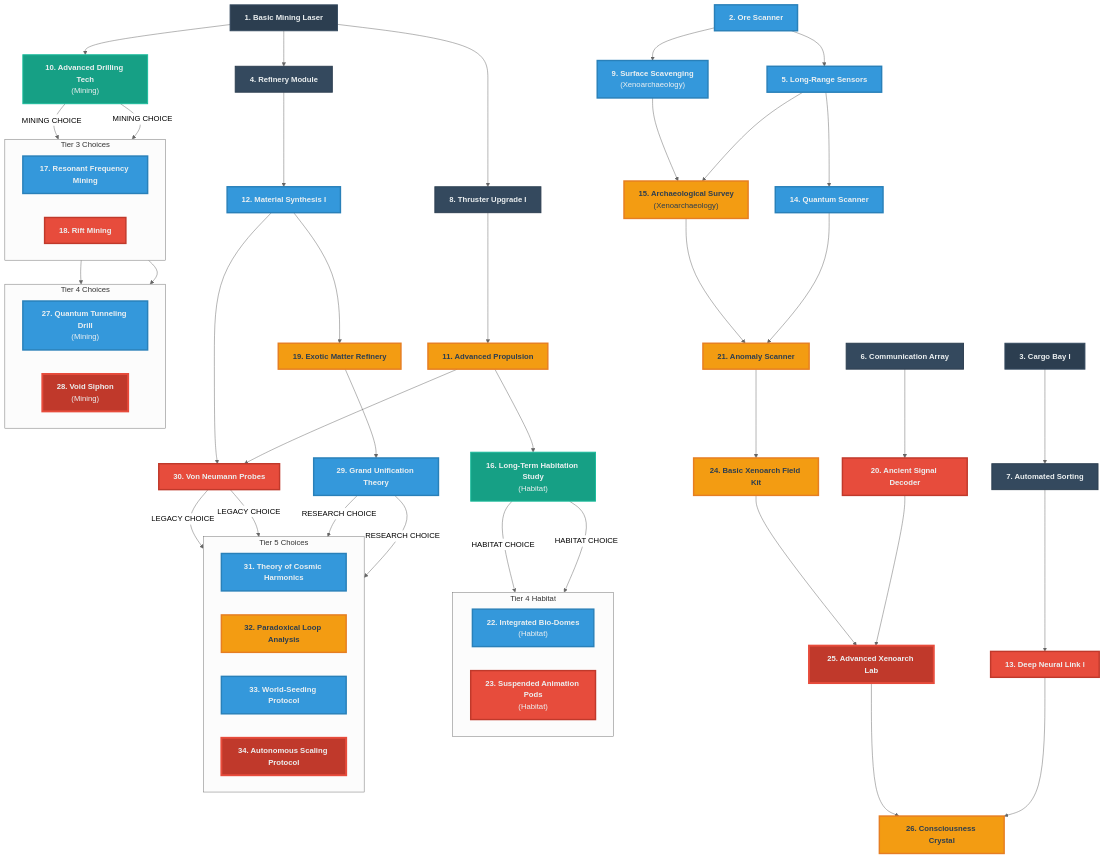
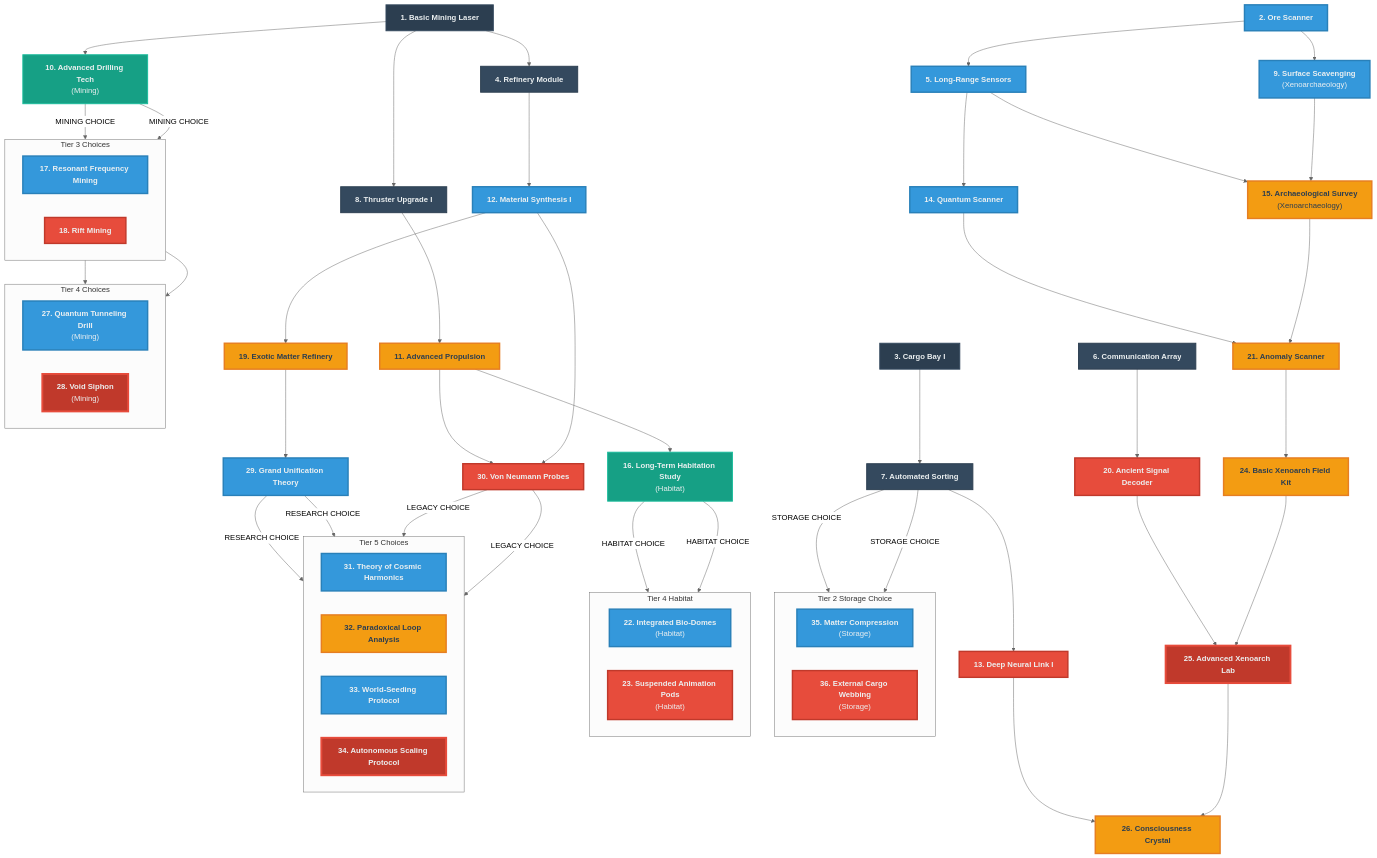
One commit to bravegeek/ai-workshop changed the diagram in projects/cosmos-and-chaos-2025-11/session.md. Above: the diagram before and after it, drawn with Mermaid (neutral theme). The commit also changed other lines of this file and 1 other file, not shown here.

Commit message:
docs: Expand Tier 2 Storage options in tech tree, adding Matter Compression and External Cargo Webbing

````diff
--- a/projects/cosmos-and-chaos-2025-11/session.md
+++ b/projects/cosmos-and-chaos-2025-11/session.md
@@ -68,6 +68,12 @@
     T15["<b>15. Archaeological Survey</b><br/>(Xenoarchaeology)"]
     T16["<b>16. Long-Term Habitation Study</b><br/>(Habitat)"]
     T20["<b>20. Ancient Signal Decoder</b>"]
+    
+    subgraph "Tier 2 Storage Choice"
+        direction LR
+        T35["<b>35. Matter Compression</b><br/>(Storage)"]
+        T36["<b>36. External Cargo Webbing</b><br/>(Storage)"]
+    end
 
     %% Tier 3
     subgraph "Tier 3 Choices"
@@ -112,6 +118,7 @@
     T05 --> T14; T05 --> T15
     T06 --> T20
     T07 --> T13
+    T07 -- "STORAGE CHOICE" --> T35; T07 -- "STORAGE CHOICE" --> T36
     T08 --> T11
     T09 --> T15
     T10 -- "MINING CHOICE" --> T17; T10 -- "MINING CHOICE" --> T18
@@ -135,13 +142,13 @@
     %% Styling
     class T01,T02,T03 tier0
     class T04,T05,T06,T07,T08,T09 tier1
-    class T10,T11,T12,T13,T14,T15,T16,T20 tier2
+    class T10,T11,T12,T13,T14,T15,T16,T20,T35,T36 tier2
     class T17,T18,T19,T21,T24 tier3
     class T22,T23,T25,T26,T27,T28,T29,T30 tier4
     class T31,T32,T33,T34 tier5
 
-    class T02,T05,T09,T12,T14,T17,T22,T27,T29,T31,T33 wonderHeavy
-    class T13,T18,T20,T23,T28,T30 dreadHeavy
+    class T02,T05,T09,T12,T14,T17,T22,T27,T29,T31,T33,T35 wonderHeavy
+    class T13,T18,T20,T23,T28,T30,T36 dreadHeavy
     class T11,T15,T19,T21,T24,T26,T32 balanced
     class T25,T28,T34 landmarkDread
 ```
````
